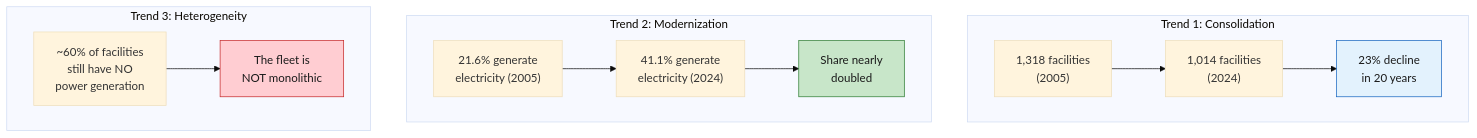
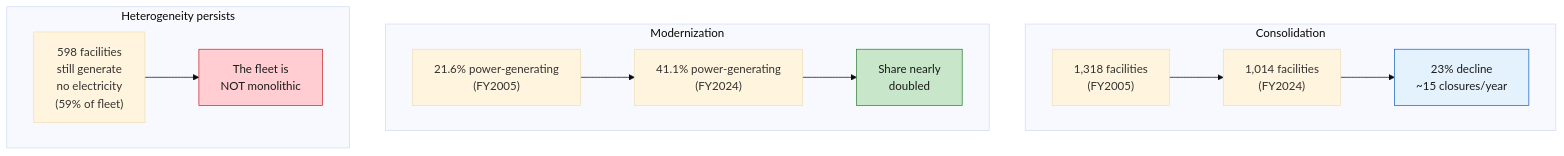
Before and after one commit to Pann13223029/incineration-paper: the third of 3 diagrams in README.md, drawn with Mermaid (base theme). The commit also changed other lines of this file and 3 other files, not shown here.

````diff
--- a/README.md
+++ b/README.md
@@ -72,21 +85,21 @@
 ```mermaid
 graph TD
-    subgraph T1["Trend 1: Consolidation"]
-        A1["1,318 facilities<br/>(2005)"] --> A2["1,014 facilities<br/>(2024)"]
-        A2 --> A3["23% decline<br/>in 20 years"]
+    subgraph T1["Consolidation"]
+        A1["1,318 facilities<br/>(FY2005)"] --> A2["1,014 facilities<br/>(FY2024)"]
+        A2 --> A3["23% decline<br/>~15 closures/year"]
     end
-    
-    subgraph T2["Trend 2: Modernization"]
-        B1["21.6% generate<br/>electricity (2005)"] --> B2["41.1% generate<br/>electricity (2024)"]
+
+    subgraph T2["Modernization"]
+        B1["21.6% power-generating<br/>(FY2005)"] --> B2["41.1% power-generating<br/>(FY2024)"]
         B2 --> B3["Share nearly<br/>doubled"]
     end
-    
-    subgraph T3["Trend 3: Heterogeneity"]
-        C1["~60% of facilities<br/>still have NO<br/>power generation"]
+
+    subgraph T3["Heterogeneity persists"]
+        C1["598 facilities<br/>still generate<br/>no electricity<br/>(59% of fleet)"]
         C1 --> C3["The fleet is<br/>NOT monolithic"]
     end
-    
+
     style A3 fill:#e3f2fd,stroke:#1565c0,color:#1a1a1a
     style B3 fill:#c8e6c9,stroke:#2e7d32,color:#1a1a1a
     style C3 fill:#ffcdd2,stroke:#c62828,color:#1a1a1a
 ```
````
